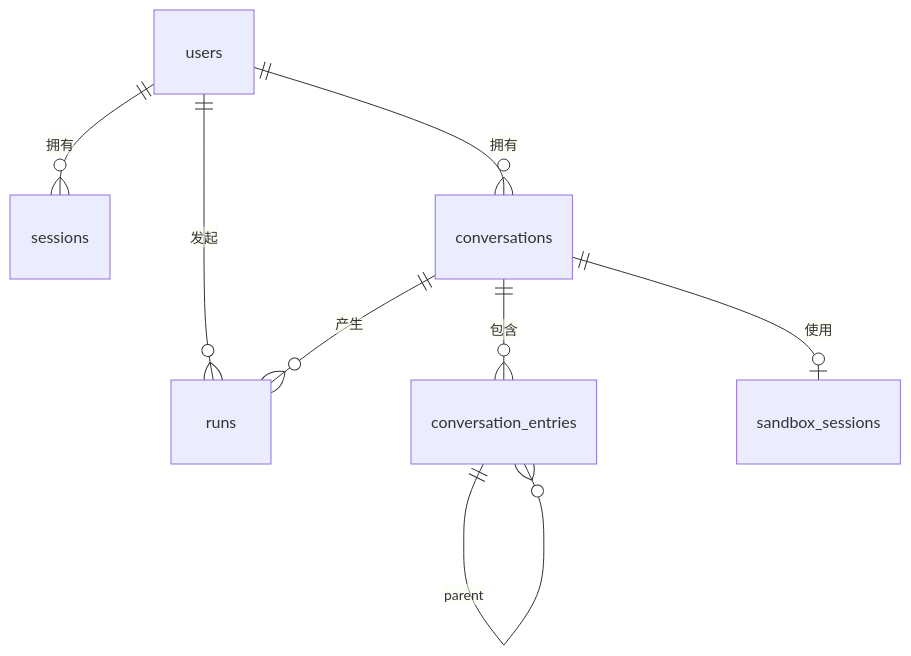
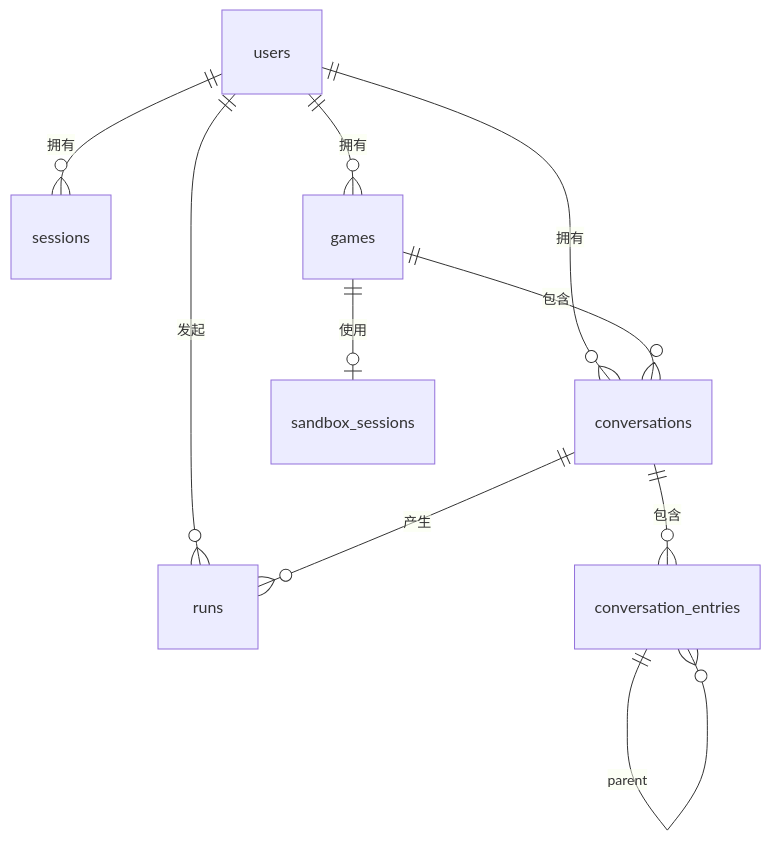
The diagram in docs/database-design.md (zzbazzzbaz/ai-game-platform-v4), drawn with Mermaid before and after one commit. The commit also changed other lines of this file and 80 other files, not shown here.

````diff
--- a/docs/database-design.md
+++ b/docs/database-design.md
@@ -21,12 +21,14 @@
 ```mermaid
 erDiagram
   users ||--o{ sessions : "拥有"
+  users ||--o{ games : "拥有"
   users ||--o{ conversations : "拥有"
   users ||--o{ runs : "发起"
 
+  games ||--o{ conversations : "包含"
+  games ||--o| sandbox_sessions : "使用"
   conversations ||--o{ conversation_entries : "包含"
-  conversations ||--o| sandbox_sessions : "使用"
   conversations ||--o{ runs : "产生"
 
   conversation_entries ||--o{ conversation_entries : "parent"
 ```
````
